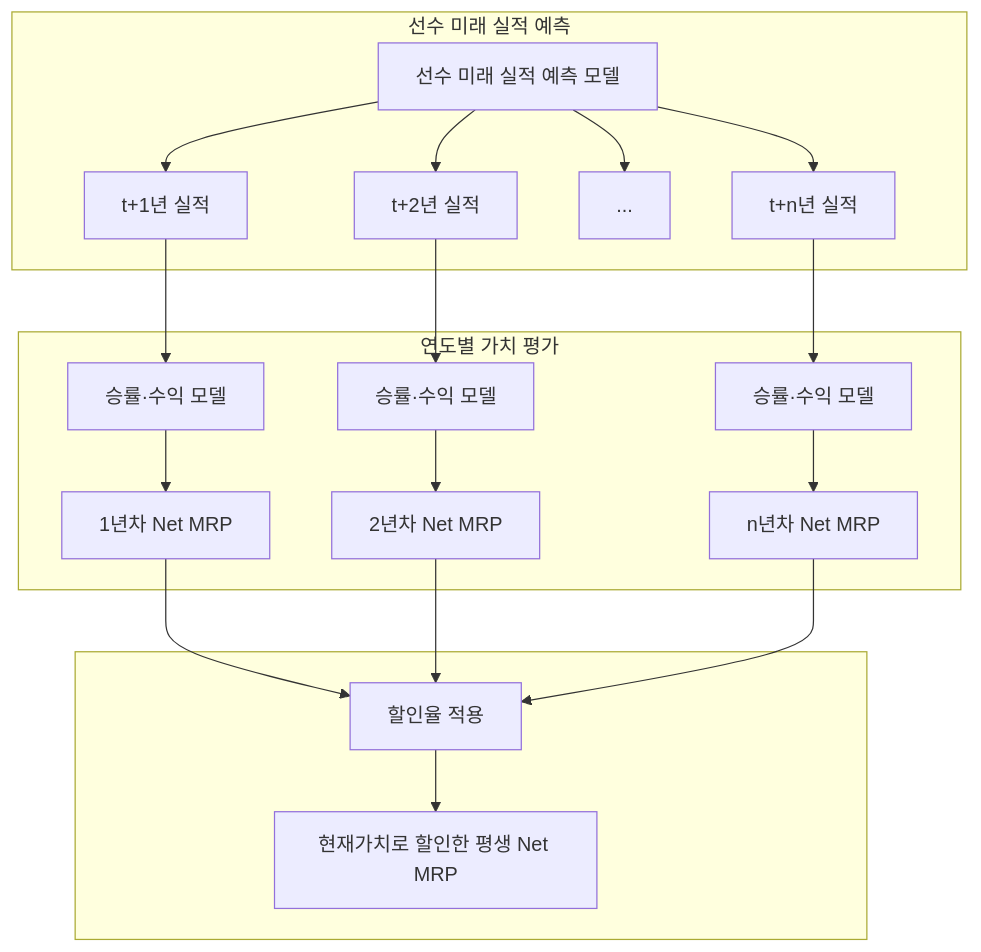
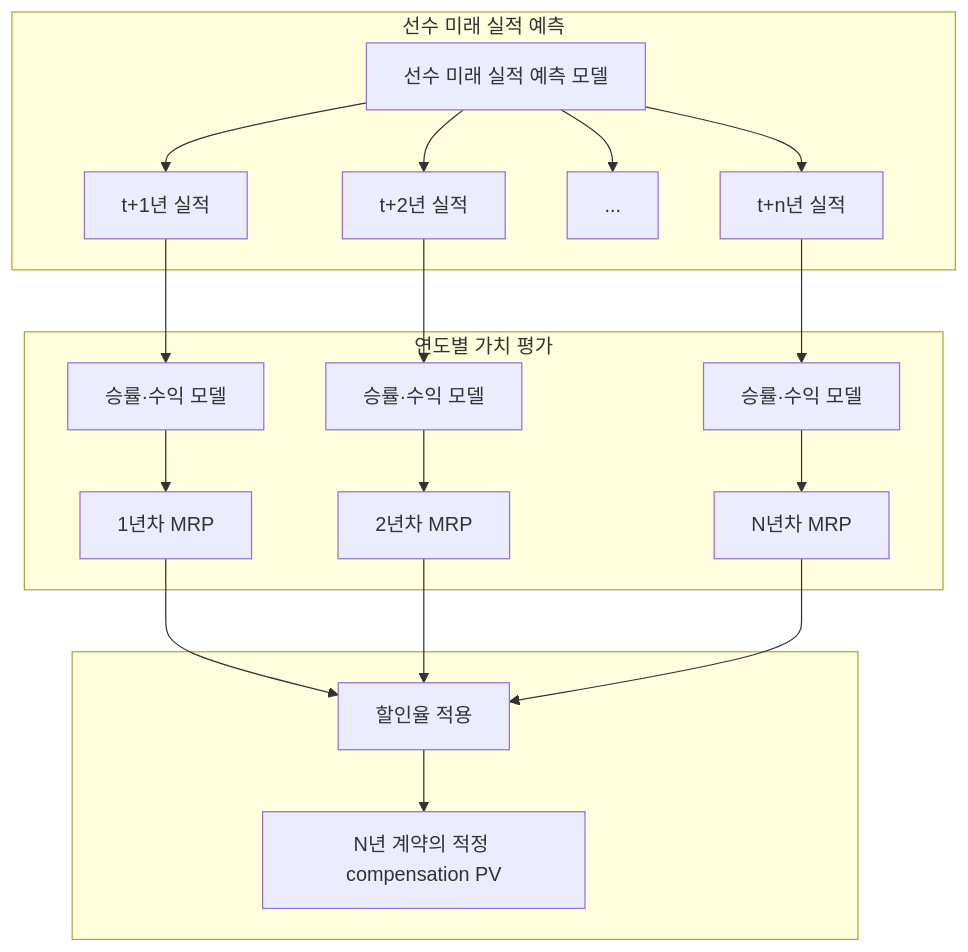
The sixth of 8 diagrams in ARCHITECTURE.md (yechuk/backend), drawn with Mermaid before and after one commit. The commit also changed other lines of this file and 1 other file, not shown here.

````diff
--- a/ARCHITECTURE.md
+++ b/ARCHITECTURE.md
@@ -229,39 +230,39 @@
 ```mermaid
 flowchart TB
     subgraph forecast [선수 미래 실적 예측]
         PFM[선수 미래 실적 예측 모델]
         Y1["t+1년 실적"]
         Y2["t+2년 실적"]
         Ydots["..."]
         Yn["t+n년 실적"]
     end
     
     subgraph pipeline [연도별 가치 평가]
         P1[승률·수익 모델]
         P2[승률·수익 모델]
         Pn[승률·수익 모델]
-        N1["1년차 Net MRP"]
-        N2["2년차 Net MRP"]
-        Nn["n년차 Net MRP"]
+        N1["1년차 MRP"]
+        N2["2년차 MRP"]
+        Nn["N년차 MRP"]
     end
     
     subgraph dcf [" "]
         Discount[할인율 적용]
-        PV["현재가치로 할인한 평생 Net MRP"]
+        PV["N년 계약의 적정 compensation PV"]
     end
     
     PFM --> Y1
     PFM --> Y2
     PFM --> Ydots
     PFM --> Yn
     Y1 --> P1
     Y2 --> P2
     Yn --> Pn
     P1 --> N1
     P2 --> N2
     Pn --> Nn
     N1 --> Discount
     N2 --> Discount
     Nn --> Discount
     Discount --> PV
 ```
````
